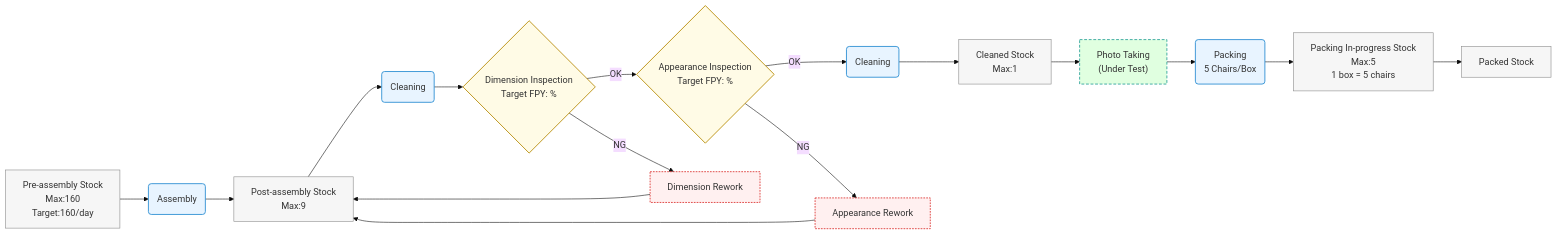
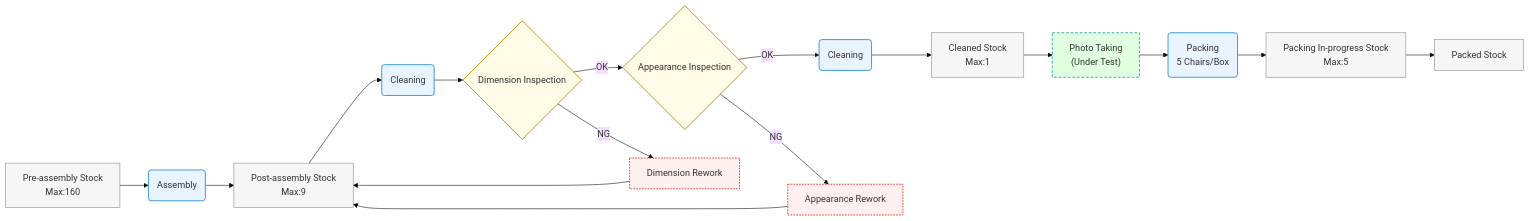
One commit to sokokoko-git/mermaid-flows changed the diagram in docs/flows/example.mmd. Above: the diagram before and after it, drawn with Mermaid (base theme).

```diff
--- a/docs/flows/example.mmd
+++ b/docs/flows/example.mmd
@@ -1,41 +1,41 @@
 flowchart LR
   %% GitHub friendly: avoid nested [] and use <br/> for line breaks
 
-  A[Pre-assembly Stock<br/>Max:160<br/>Target:160/day] --> B(Assembly)
+  A[Pre-assembly Stock<br/>Max:160] --> B(Assembly)
   B --> C[Post-assembly Stock<br/>Max:9]
 
   %% Added cleaning after post-assembly stock
   C --> C1(Cleaning)
-  C1 --> D{Dimension Inspection<br/>Target FPY: %}
+  C1 --> D{Dimension Inspection}
 
-  D -->|OK| E{Appearance Inspection<br/>Target FPY: %}
+  D -->|OK| E{Appearance Inspection}
   D -->|NG| D1[Dimension Rework]
   %% Reworked items return to post-assembly stock
   D1 --> C
 
   E -->|OK| F(Cleaning)
   E -->|NG| E1[Appearance Rework]
   %% Reworked items return to post-assembly stock
   E1 --> C
 
   F --> G[Cleaned Stock<br/>Max:1]
 
   %% Added photo-taking process (special case) after cleaned stock
   G --> G1["Photo Taking<br/>(Under Test)"]
   G1 --> H(Packing<br/>5 Chairs/Box)
 
-  H --> I[Packing In-progress Stock<br/>Max:5<br/>1 box = 5 chairs]
+  H --> I[Packing In-progress Stock<br/>Max:5]
   I --> J[Packed Stock]
 
   %% Style definitions
   classDef store fill:#f6f6f6,stroke:#888,stroke-width:1px;
   classDef proc fill:#e8f4ff,stroke:#268bd2,stroke-width:1.5px;
   classDef gate fill:#fffbe6,stroke:#b58900,stroke-width:1.5px;
   classDef fix fill:#fff0f0,stroke:#dc322f,stroke-width:1.5px,stroke-dasharray:3 2;
   classDef special fill:#e0ffe0,stroke:#2aa198,stroke-width:1.5px,stroke-dasharray:5 3;
 
   class A,C,G,I,J store;
   class B,C1,F,H proc;
   class D,E gate;
   class D1,E1 fix;
   class G1 special;
```
